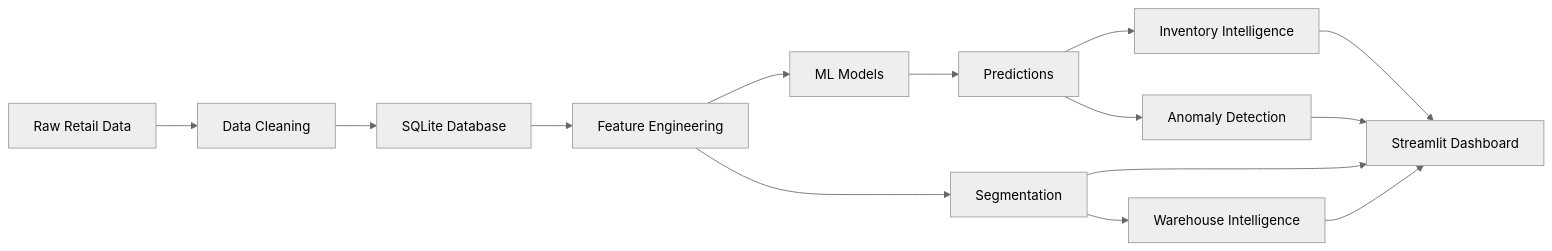
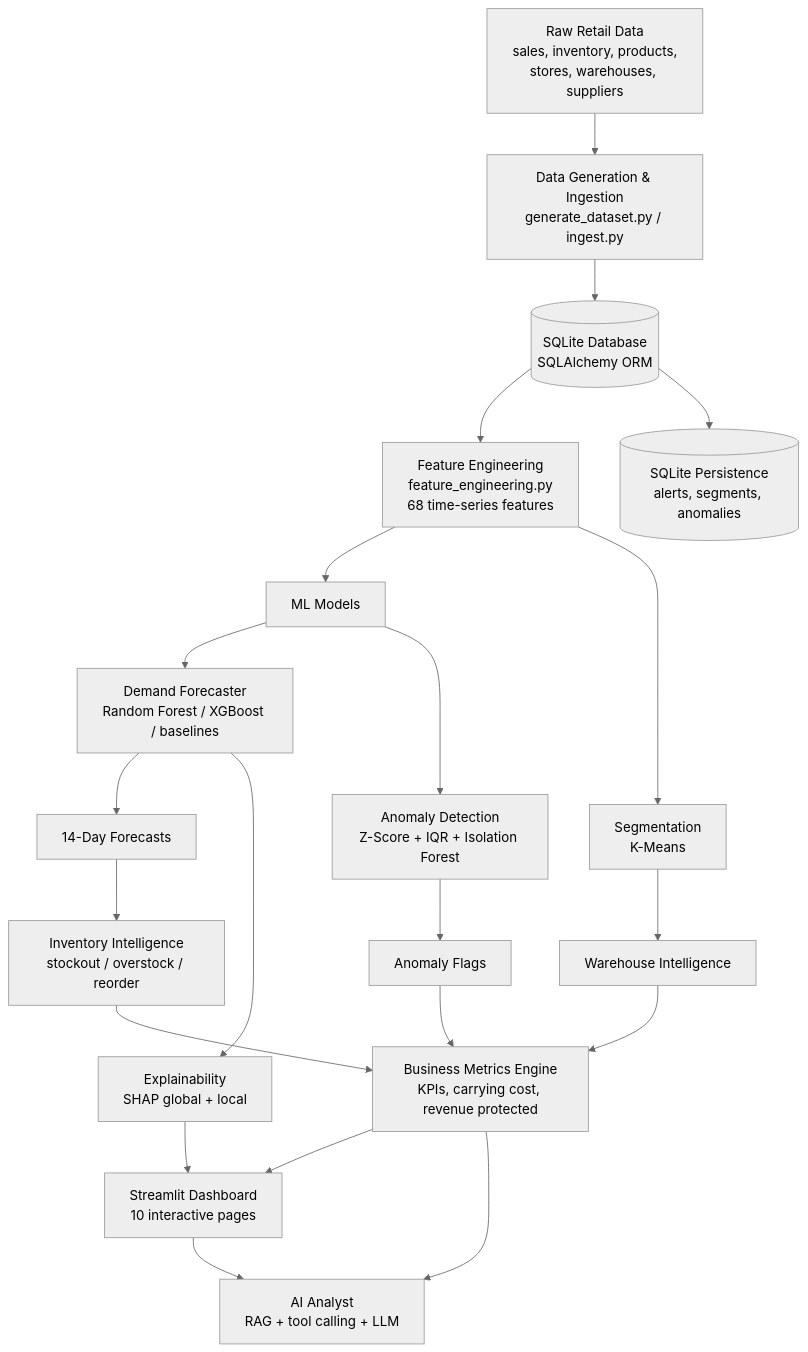
One commit to ARJUN-0402/RetailSync-AI changed the first of 2 diagrams in README.md. Above: the diagram before and after it, drawn with Mermaid (neutral theme). The commit also changed other lines of this file and 46 other files, not shown here.

Commit message:
feat: implement full-stack RetailSync AI dashboard with core analytics, forecasting, and inventory intelligence modules

````diff
--- a/README.md
+++ b/README.md
@@ -98,16 +153,23 @@
 ```mermaid
-flowchart LR
-    A[Raw Retail Data] --> B[Data Cleaning]
-    B --> C[SQLite Database]
-    C --> D[Feature Engineering]
+flowchart TD
+    A[Raw Retail Data<br/>sales, inventory, products,<br/>stores, warehouses, suppliers] --> B[Data Generation & Ingestion<br/>generate_dataset.py / ingest.py]
+    B --> C[(SQLite Database<br/>SQLAlchemy ORM)]
+    C --> D[Feature Engineering<br/>feature_engineering.py<br/>68 time-series features]
     D --> E[ML Models]
-    E --> F[Predictions]
-    F --> G[Inventory Intelligence]
-    F --> H[Anomaly Detection]
-    D --> I[Segmentation]
-    I --> J[Warehouse Intelligence]
-    G --> K[Streamlit Dashboard]
-    H --> K
-    I --> K
-    J --> K
+    D --> S[Segmentation<br/>K-Means]
+    E --> F[Demand Forecaster<br/>Random Forest / XGBoost / baselines]
+    E --> G[Anomaly Detection<br/>Z-Score + IQR + Isolation Forest]
+    F --> H[14-Day Forecasts]
+    H --> I[Inventory Intelligence<br/>stockout / overstock / reorder]
+    G --> J[Anomaly Flags]
+    S --> K[Warehouse Intelligence]
+    I --> L[Business Metrics Engine<br/>KPIs, carrying cost, revenue protected]
+    J --> L
+    K --> L
+    C --> M[(SQLite Persistence<br/>alerts, segments, anomalies)]
+    L --> N[Streamlit Dashboard<br/>10 interactive pages]
+    F --> O[Explainability<br/>SHAP global + local]
+    O --> N
+    N --> P[AI Analyst<br/>RAG + tool calling + LLM]
+    L --> P
 ```
````
